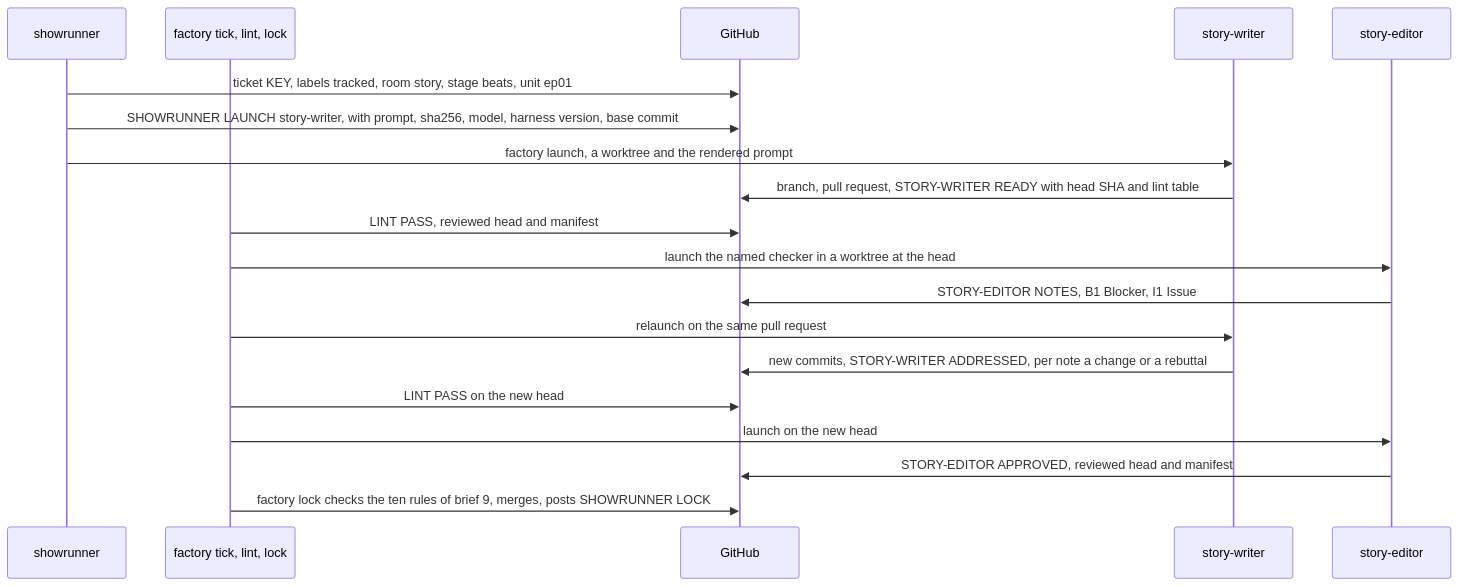
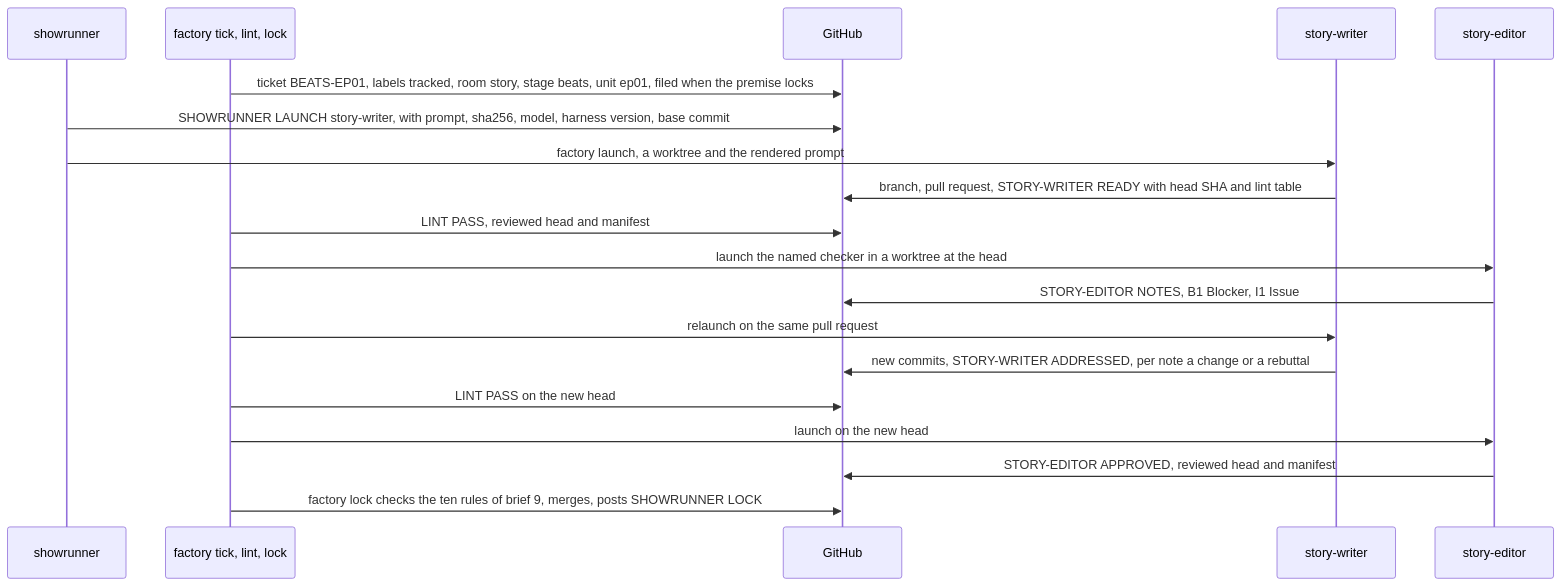
One commit to abel30567/enrico-factory changed diagram 15 of 22 in docs/architecture.md. Above: the diagram before and after it, drawn with Mermaid. The commit also changed other lines of this file and 2 other files, not shown here.

Commit message:
Say in the brief and the architecture that factory tick files the next ticket, and tick the ticket-filing item in the plan.

````diff
--- a/docs/architecture.md
+++ b/docs/architecture.md
@@ -541,21 +541,21 @@
 ```mermaid
 sequenceDiagram
   participant SR as showrunner
   participant FC as factory tick, lint, lock
   participant GH as GitHub
   participant MK as story-writer
   participant CK as story-editor
-  SR->>GH: ticket KEY, labels tracked, room story, stage beats, unit ep01
+  FC->>GH: ticket BEATS-EP01, labels tracked, room story, stage beats, unit ep01, filed when the premise locks
   SR->>GH: SHOWRUNNER LAUNCH story-writer, with prompt, sha256, model, harness version, base commit
   SR->>MK: factory launch, a worktree and the rendered prompt
   MK->>GH: branch, pull request, STORY-WRITER READY with head SHA and lint table
   FC->>GH: LINT PASS, reviewed head and manifest
   FC->>CK: launch the named checker in a worktree at the head
   CK->>GH: STORY-EDITOR NOTES, B1 Blocker, I1 Issue
   FC->>MK: relaunch on the same pull request
   MK->>GH: new commits, STORY-WRITER ADDRESSED, per note a change or a rebuttal
   FC->>GH: LINT PASS on the new head
   FC->>CK: launch on the new head
   CK->>GH: STORY-EDITOR APPROVED, reviewed head and manifest
   FC->>GH: factory lock checks the ten rules of brief 9, merges, posts SHOWRUNNER LOCK
 ```
````
